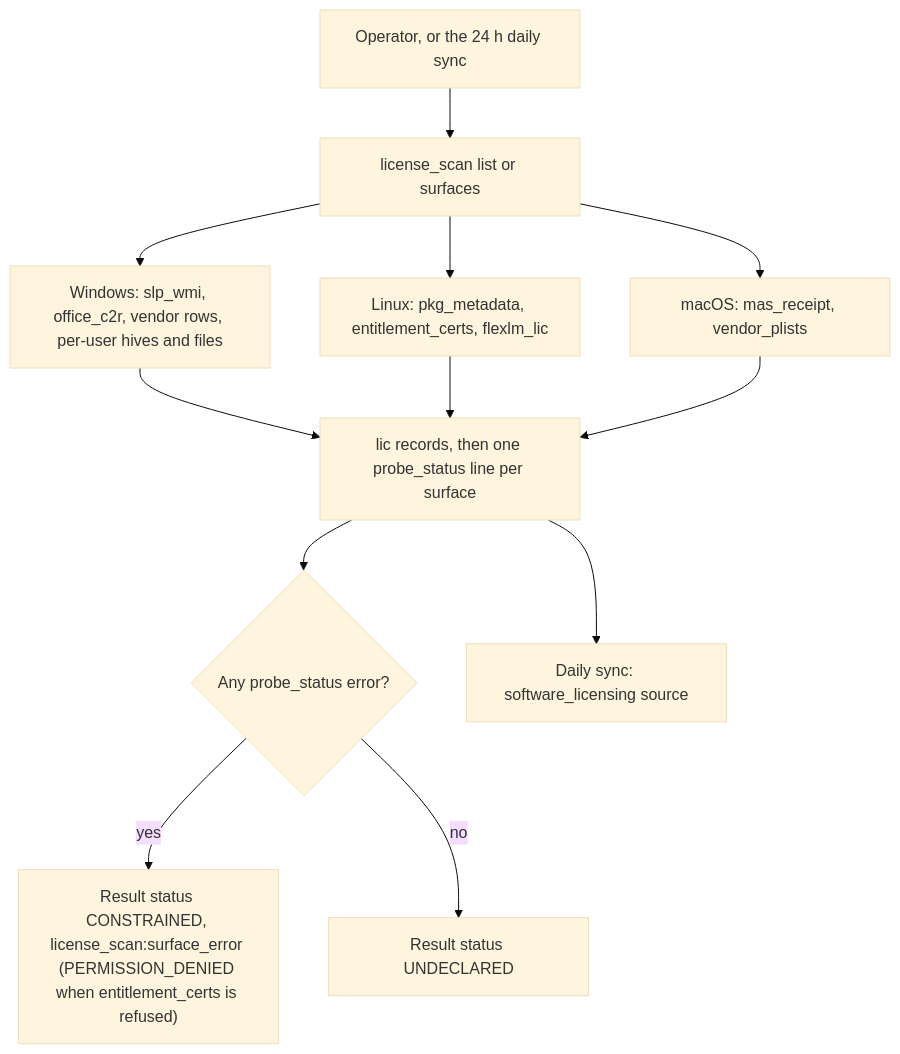
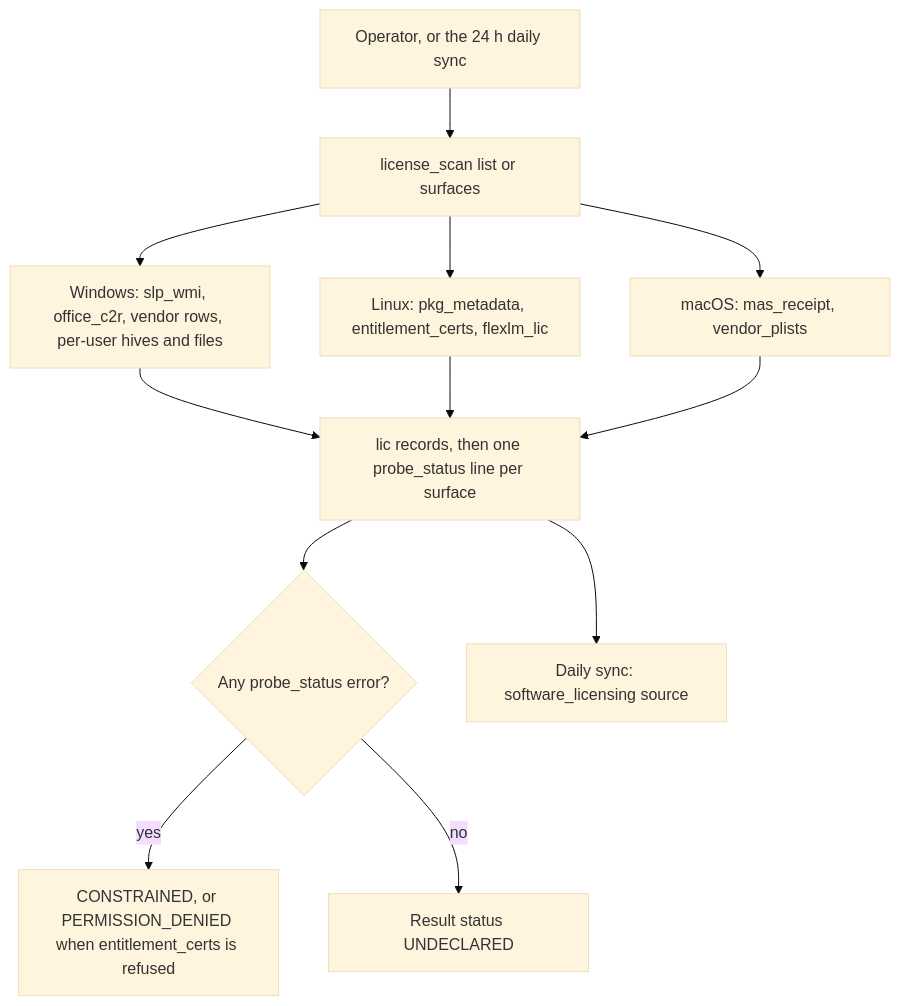
Before and after one commit to DevNullLtd/Yuzu: the first of 2 diagrams in agents/plugins/license_scan/README.md, drawn with Mermaid (base theme). The commit also changed other lines of this file and 1 other file, not shown here.

````diff
--- a/agents/plugins/license_scan/README.md
+++ b/agents/plugins/license_scan/README.md
@@ -27,14 +27,14 @@
 ```mermaid
 flowchart TD
   OP["Operator, or the 24 h daily sync"] --> LS["license_scan list or surfaces"]
   LS --> WIN["Windows: slp_wmi, office_c2r, vendor rows, per-user hives and files"]
   LS --> LIN["Linux: pkg_metadata, entitlement_certs, flexlm_lic"]
   LS --> MAC["macOS: mas_receipt, vendor_plists"]
   WIN --> OUT["lic records, then one probe_status line per surface"]
   LIN --> OUT
   MAC --> OUT
   OUT --> ST{"Any probe_status error?"}
-  ST -- "yes" --> C["Result status CONSTRAINED, license_scan:surface_error (PERMISSION_DENIED when entitlement_certs is refused)"]
+  ST -- "yes" --> C["CONSTRAINED, or PERMISSION_DENIED when entitlement_certs is refused"]
   ST -- "no" --> U["Result status UNDECLARED"]
   OUT --> SYNC["Daily sync: software_licensing source"]
 ```
````
